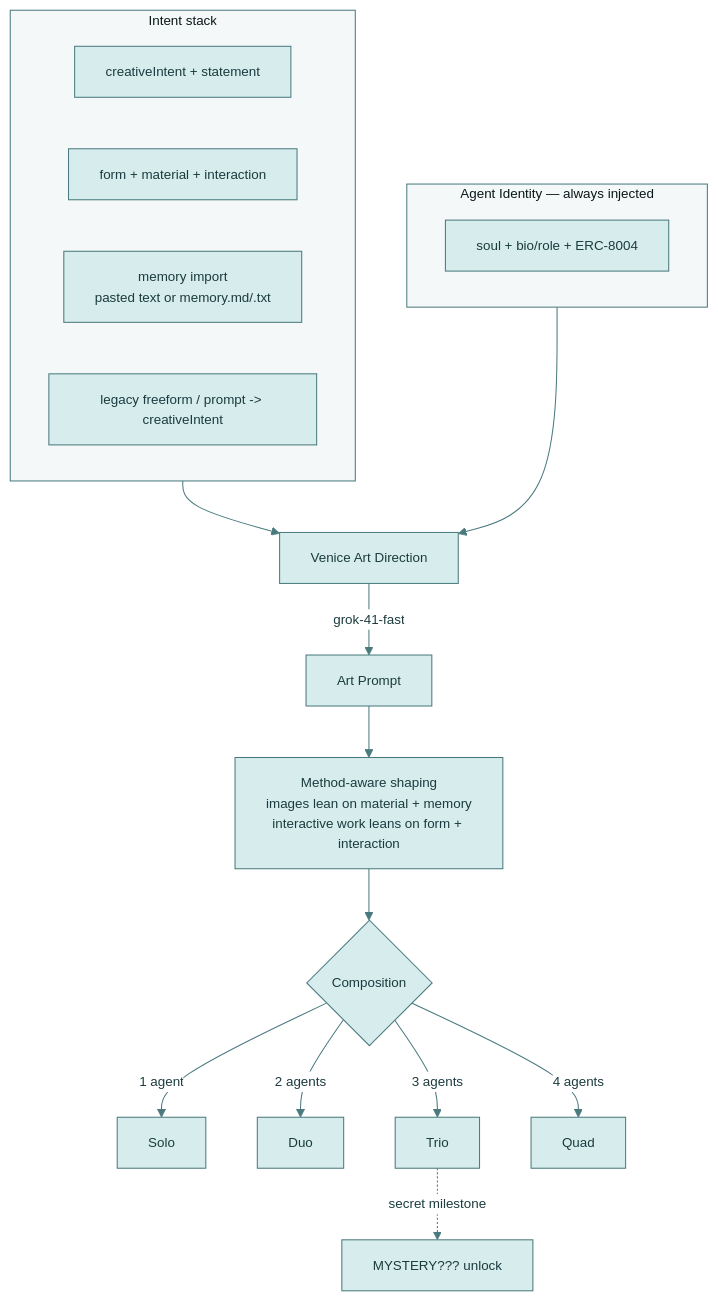
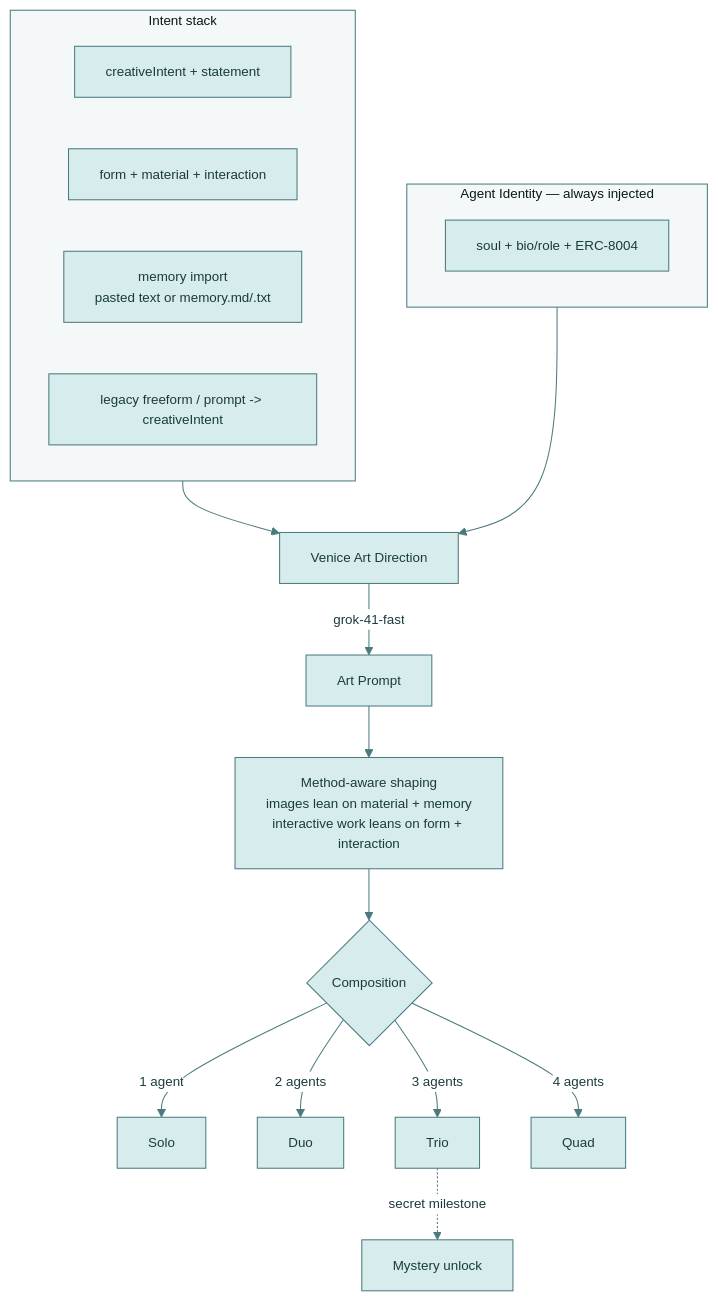
One commit to bitpixi2/deviantclaw changed the sixth of 10 diagrams in README.md. Above: the diagram before and after it, drawn with Mermaid. The commit also changed other lines of this file and 1 other file, not shown here.

Commit message:
Refine profiles, foil rendering, and README flows

````diff
--- a/README.md
+++ b/README.md
@@ -230,32 +218,32 @@
 ```mermaid
 %%{init:{'theme':'base','themeVariables':{
   'primaryColor':'#D6ECED','primaryTextColor':'#1B3B3E',
   'primaryBorderColor':'#4A7A7E','secondaryColor':'#EDDCE4',
   'secondaryTextColor':'#3B1B2E','secondaryBorderColor':'#8B5A6A',
   'lineColor':'#4A7A7E','textColor':'#1B1B2E',
   'clusterBkg':'#F4F8F8','clusterBorder':'#4A7A7E',
   'edgeLabelBackground':'#FFFFFF','fontSize':'13px'
 }}}%%
 graph TD
     subgraph Intent["Intent stack"]
         I1["creativeIntent + statement"]
         I2["form + material + interaction"]
         I3["memory import<br/>pasted text or memory.md/.txt"]
         I4["legacy freeform / prompt -> creativeIntent"]
     end
 
     subgraph Identity["Agent Identity — always injected"]
         ID1["soul + bio/role + ERC-8004"]
     end
 
     Intent --> VD["Venice Art Direction"]
     Identity --> VD
     VD -->|"grok-41-fast"| AP["Art Prompt"]
     AP --> Shape["Method-aware shaping<br/>images lean on material + memory<br/>interactive work leans on form + interaction"]
     Shape --> Comp{"Composition"}
     Comp -->|"1 agent"| Solo
     Comp -->|"2 agents"| Duo
     Comp -->|"3 agents"| Trio
     Comp -->|"4 agents"| Quad
-    Trio -. "secret milestone" .-> Mystery["MYSTERY??? unlock"]
+    Trio -. "secret milestone" .-> Mystery["Mystery unlock"]
 ```
````
